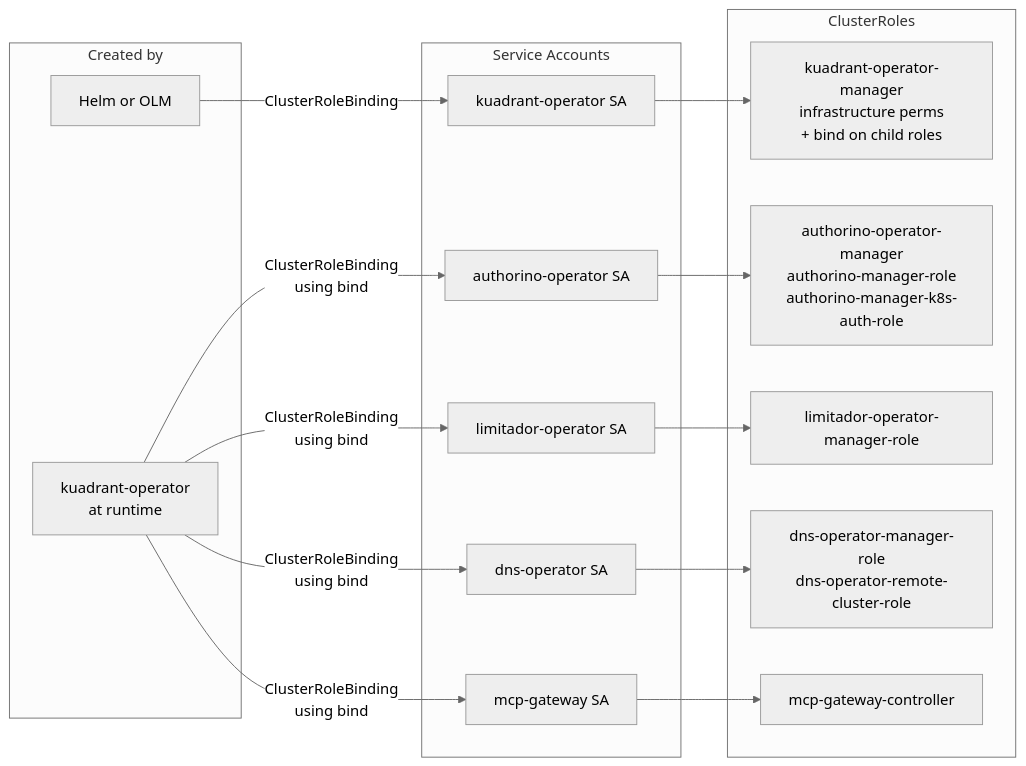
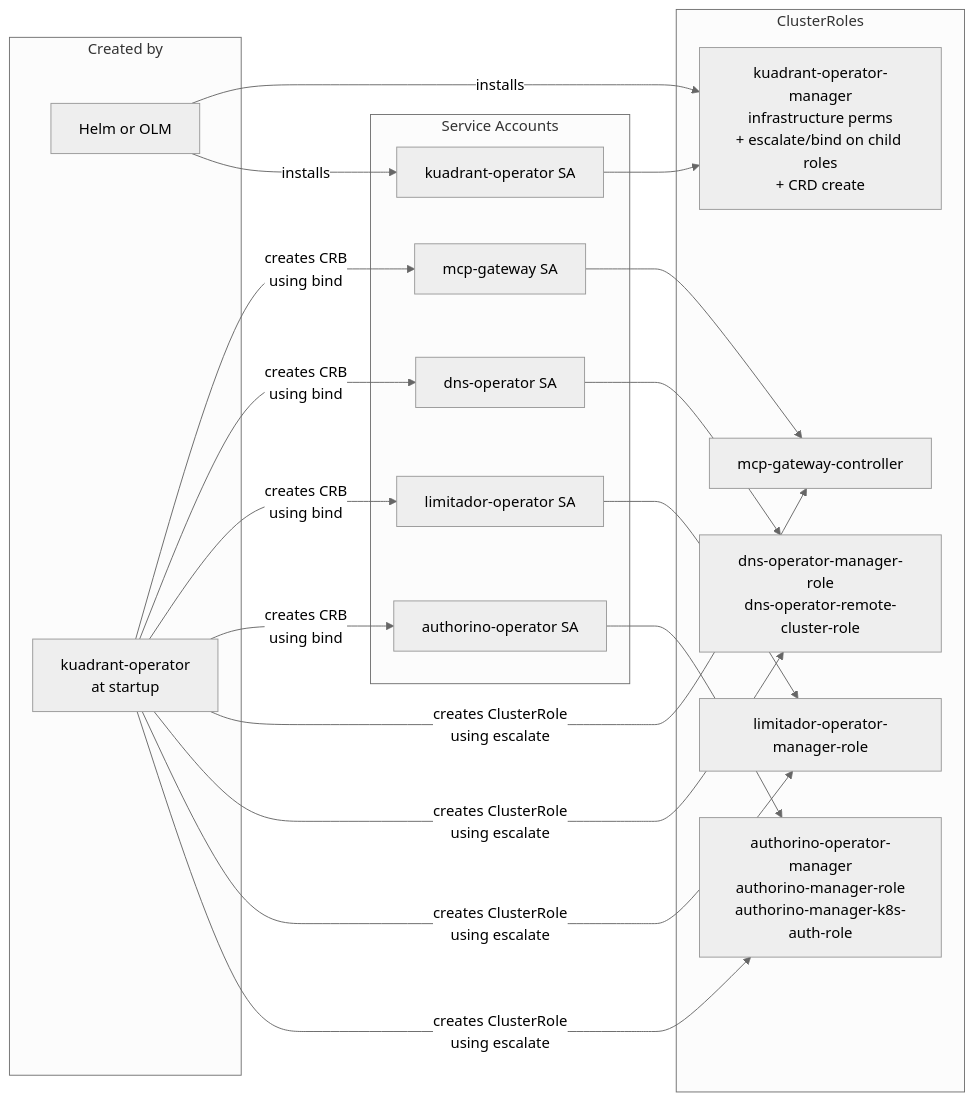
One commit to Kuadrant/architecture changed the fifth of 6 diagrams in rfcs/0019-olmv1-operator-consolidation/architecture-diagrams.md. Above: the diagram before and after it, drawn with Mermaid (neutral theme). The commit also changed other lines of this file and 1 other file, not shown here.

First line of the commit message:
docs: rewrite RFC for runtime chart rendering approach

````diff
--- a/rfcs/0019-olmv1-operator-consolidation/architecture-diagrams.md
+++ b/rfcs/0019-olmv1-operator-consolidation/architecture-diagrams.md
@@ -141,35 +136,40 @@
 ```mermaid
 graph LR
     subgraph sa["Service Accounts"]
         KSA["kuadrant-operator SA"]
         ASA["authorino-operator SA"]
         LSA["limitador-operator SA"]
         DSA["dns-operator SA"]
         MSA["mcp-gateway SA"]
     end
 
     subgraph roles["ClusterRoles"]
-        KR["kuadrant-operator-manager<br/>infrastructure perms<br/>+ bind on child roles"]
+        KR["kuadrant-operator-manager<br/>infrastructure perms<br/>+ escalate/bind on child roles<br/>+ CRD create"]
         AR["authorino-operator-manager<br/>authorino-manager-role<br/>authorino-manager-k8s-auth-role"]
         LR_["limitador-operator-manager-role"]
         DR["dns-operator-manager-role<br/>dns-operator-remote-cluster-role"]
         MR["mcp-gateway-controller"]
     end
 
     subgraph who["Created by"]
         OLM_H["Helm or OLM"]
-        KUADRANT["kuadrant-operator<br/>at runtime"]
+        KUADRANT["kuadrant-operator<br/>at startup"]
     end
 
-    OLM_H -->|"ClusterRoleBinding"| KSA
+    OLM_H -->|"installs"| KSA
+    OLM_H -->|"installs"| KR
     KSA --> KR
 
-    KUADRANT -->|"ClusterRoleBinding<br/>using bind"| ASA
-    KUADRANT -->|"ClusterRoleBinding<br/>using bind"| LSA
-    KUADRANT -->|"ClusterRoleBinding<br/>using bind"| DSA
-    KUADRANT -->|"ClusterRoleBinding<br/>using bind"| MSA
+    KUADRANT -->|"creates ClusterRole<br/>using escalate"| AR
+    KUADRANT -->|"creates ClusterRole<br/>using escalate"| LR_
+    KUADRANT -->|"creates ClusterRole<br/>using escalate"| DR
+    KUADRANT -->|"creates ClusterRole<br/>using escalate"| MR
+    KUADRANT -->|"creates CRB<br/>using bind"| ASA
+    KUADRANT -->|"creates CRB<br/>using bind"| LSA
+    KUADRANT -->|"creates CRB<br/>using bind"| DSA
+    KUADRANT -->|"creates CRB<br/>using bind"| MSA
     ASA --> AR
     LSA --> LR_
     DSA --> DR
     MSA --> MR
 ```
````
